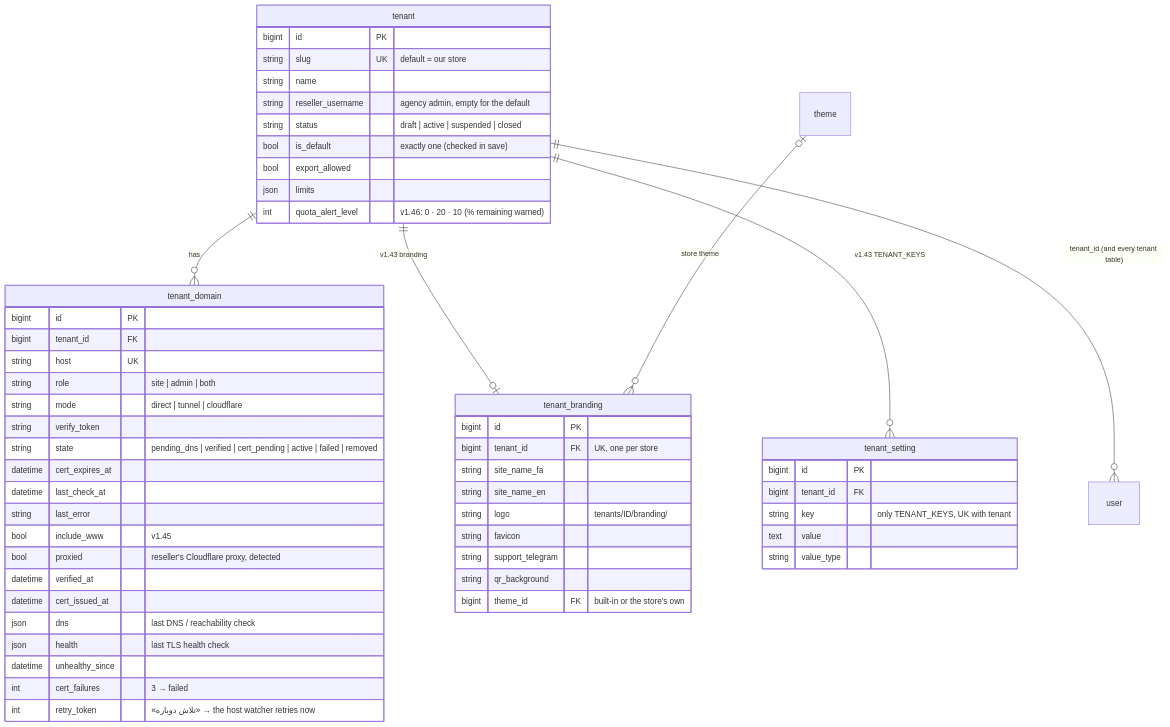
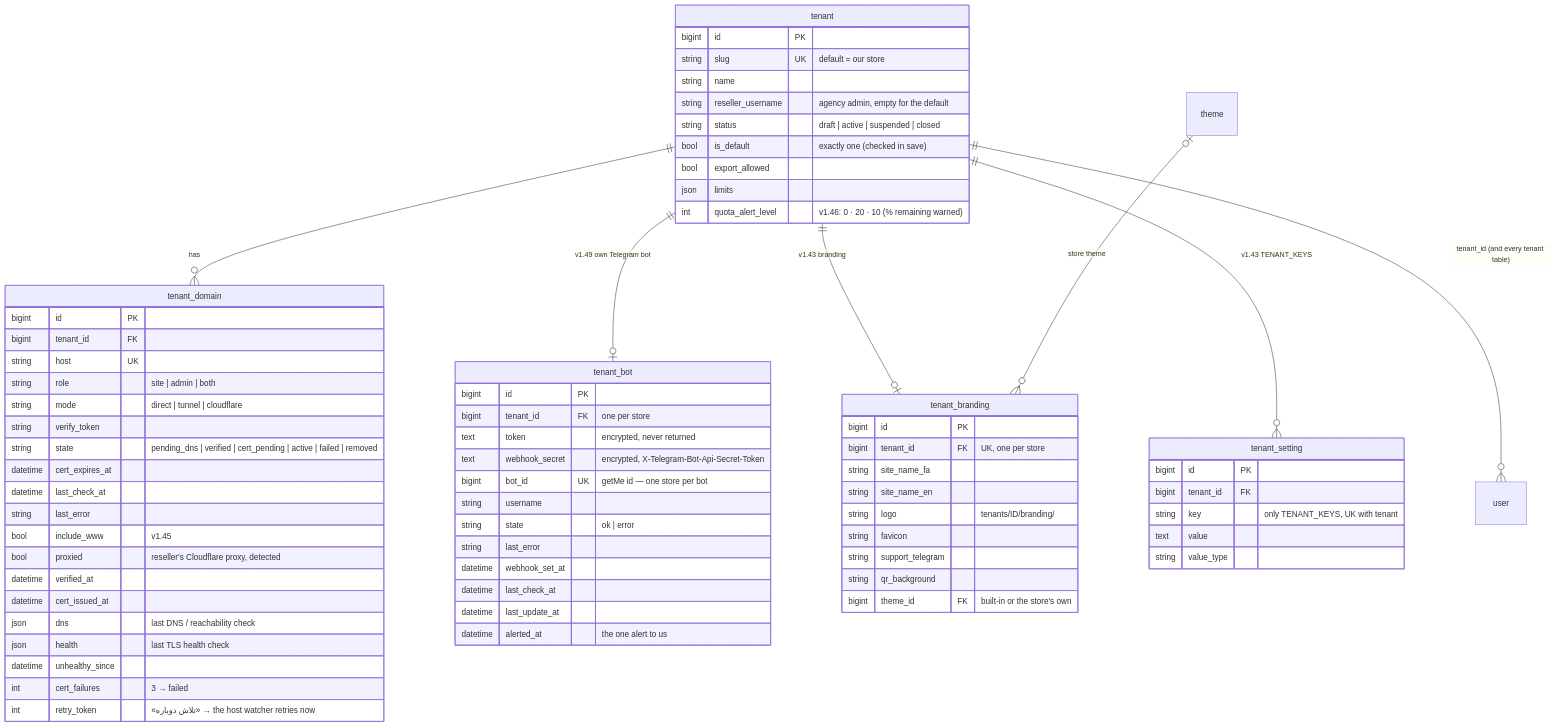
Before and after one commit to santiyagoburcart/caspintunel: the first of 9 diagrams in docs/erd.md, drawn with Mermaid. The commit also changed other lines of this file and 49 other files, not shown here.

````diff
--- a/docs/erd.md
+++ b/docs/erd.md
@@ -22,58 +22,73 @@
 ```mermaid
 erDiagram
     tenant ||--o{ tenant_domain : has
+    tenant ||--o| tenant_bot : "v1.49 own Telegram bot"
     tenant ||--o| tenant_branding : "v1.43 branding"
     tenant ||--o{ tenant_setting : "v1.43 TENANT_KEYS"
     theme |o--o{ tenant_branding : "store theme"
     tenant ||--o{ user : "tenant_id (and every tenant table)"
     tenant {
         bigint id PK
         string slug UK "default = our store"
         string name
         string reseller_username "agency admin, empty for the default"
         string status "draft | active | suspended | closed"
         bool is_default "exactly one (checked in save)"
         bool export_allowed
         json limits
         int quota_alert_level "v1.46: 0 · 20 · 10 (% remaining warned)"
     }
     tenant_domain {
         bigint id PK
         bigint tenant_id FK
         string host UK
         string role "site | admin | both"
         string mode "direct | tunnel | cloudflare"
         string verify_token
         string state "pending_dns | verified | cert_pending | active | failed | removed"
         datetime cert_expires_at
         datetime last_check_at
         string last_error
         bool include_www "v1.45"
         bool proxied "reseller's Cloudflare proxy, detected"
         datetime verified_at
         datetime cert_issued_at
         json dns "last DNS / reachability check"
         json health "last TLS health check"
         datetime unhealthy_since
         int cert_failures "3 → failed"
         int retry_token "«تلاش دوباره» → the host watcher retries now"
     }
+    tenant_bot {
+        bigint id PK
+        bigint tenant_id FK "one per store"
+        text token "encrypted, never returned"
+        text webhook_secret "encrypted, X-Telegram-Bot-Api-Secret-Token"
+        bigint bot_id UK "getMe id — one store per bot"
+        string username
+        string state "ok | error"
+        string last_error
+        datetime webhook_set_at
+        datetime last_check_at
+        datetime last_update_at
+        datetime alerted_at "the one alert to us"
+    }
     tenant_branding {
         bigint id PK
         bigint tenant_id FK "UK, one per store"
         string site_name_fa
         string site_name_en
         string logo "tenants/ID/branding/"
         string favicon
         string support_telegram
         string qr_background
         bigint theme_id FK "built-in or the store's own"
     }
     tenant_setting {
         bigint id PK
         bigint tenant_id FK
         string key "only TENANT_KEYS, UK with tenant"
         text value
         string value_type
     }
 ```
````
